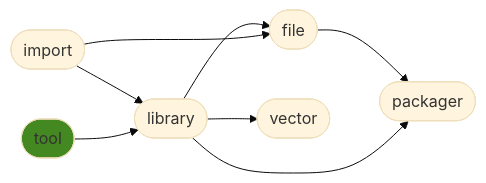
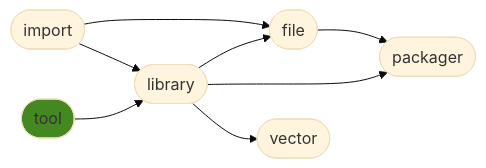
The diagram in README.md (ManderaGeneral/generaltool), drawn with Mermaid (base theme) before and after one commit. The commit also changed other lines of this file, not shown here.

````diff
--- a/README.md
+++ b/README.md
@@ -23,17 +23,17 @@
 ```mermaid
 flowchart LR
-3([file]) --> 5([packager])
-0([import]) --> 2([library])
+0([import]) --> 3([file])
 2([library]) --> 3([file])
 2([library]) --> 5([packager])
+0([import]) --> 2([library])
+1([tool]) --> 2([library])
+3([file]) --> 5([packager])
 2([library]) --> 4([vector])
-0([import]) --> 3([file])
-1([tool]) --> 2([library])
 click 0 "https://github.com/ManderaGeneral/generalimport"
 click 1 "https://github.com/ManderaGeneral/generaltool"
 click 2 "https://github.com/ManderaGeneral/generallibrary"
 click 3 "https://github.com/ManderaGeneral/generalfile"
 click 4 "https://github.com/ManderaGeneral/generalvector"
 click 5 "https://github.com/ManderaGeneral/generalpackager"
 style 1 fill:#482
 ```
````
